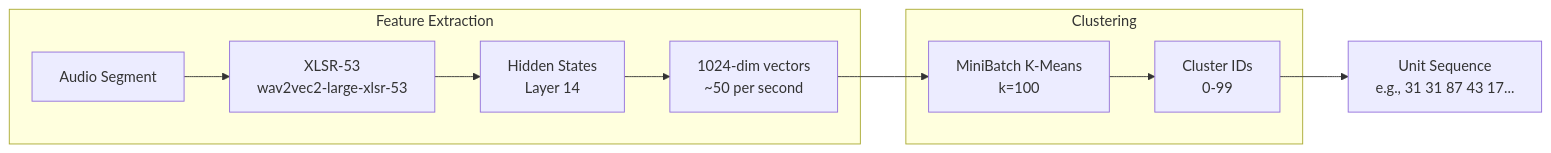
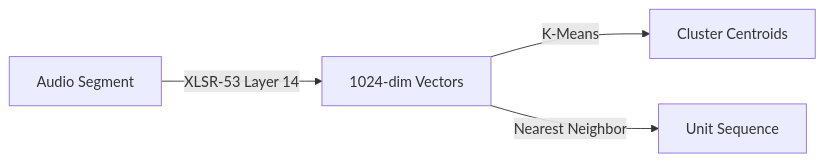
One commit to shemaobt/model-training changed the second of 4 diagrams in README.md. Above: the diagram before and after it, drawn with Mermaid. The commit also changed other lines of this file and 1 other file, not shown here.

First line of the commit message:
docs: enhance architecture deep dive and pipeline overview

````diff
--- a/README.md
+++ b/README.md
@@ -59,15 +40,6 @@
 ```mermaid
 flowchart LR
-    subgraph Feature Extraction
-        A[Audio Segment] --> B[XLSR-53<br/>wav2vec2-large-xlsr-53]
-        B --> C[Hidden States<br/>Layer 14]
-        C --> D[1024-dim vectors<br/>~50 per second]
-    end
-    
-    subgraph Clustering
-        D --> E[MiniBatch K-Means<br/>k=100]
-        E --> F[Cluster IDs<br/>0-99]
-    end
-    
-    F --> G[Unit Sequence<br/>e.g., 31 31 87 43 17...]
+    A[Audio Segment] -->|XLSR-53 Layer 14| B[1024-dim Vectors]
+    B -->|K-Means| C[Cluster Centroids]
+    B -->|Nearest Neighbor| D[Unit Sequence]
 ```
````
